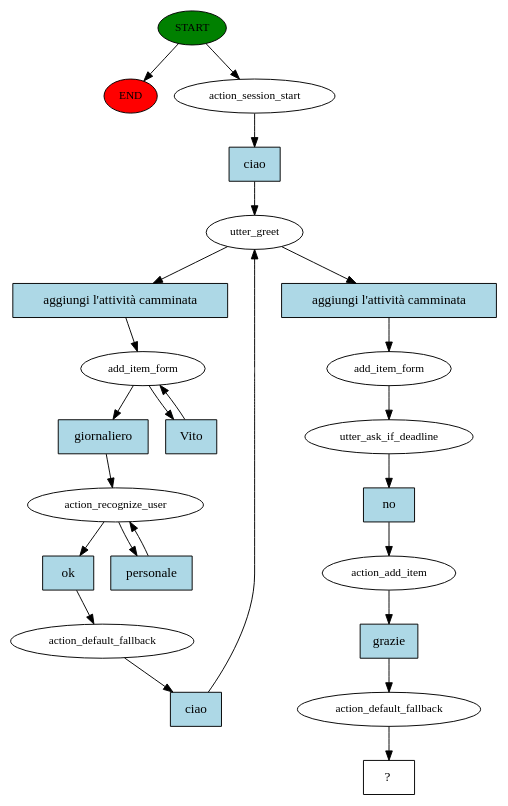
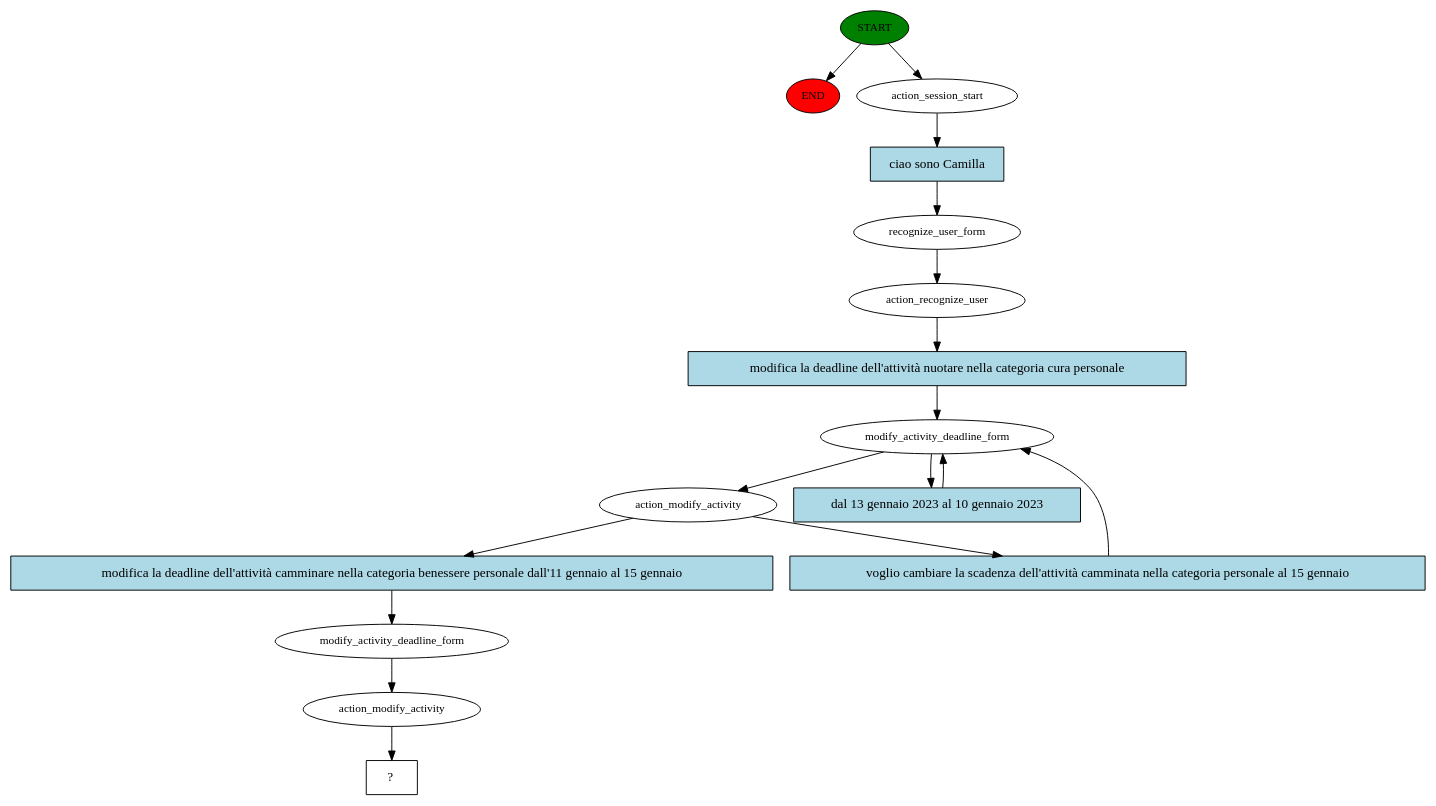
One commit to CamillaSpi/AI-To-Do-Assistant-Robot changed the diagram in src/rasa_ros/Cogrob_rasa_midterm/story_graph.dot. Above: the diagram before and after it, drawn with Graphviz. The commit also changed 5 other files, not shown here.

```diff
--- a/src/rasa_ros/Cogrob_rasa_midterm/story_graph.dot
+++ b/src/rasa_ros/Cogrob_rasa_midterm/story_graph.dot
@@ -1,48 +1,33 @@
 digraph  {
 0 [class="start active", fillcolor=green, fontsize=12, label=START, style=filled];
 "-1" [class=end, fillcolor=red, fontsize=12, label=END, style=filled];
 1 [class=active, fontsize=12, label=action_session_start];
-2 [class=active, fontsize=12, label=utter_greet];
-3 [class=active, fontsize=12, label=add_item_form];
-5 [class=active, fontsize=12, label=action_recognize_user];
-7 [class=active, fontsize=12, label=action_default_fallback];
-9 [class=active, fontsize=12, label=add_item_form];
-10 [class=active, fontsize=12, label=utter_ask_if_deadline];
-11 [class=active, fontsize=12, label=action_add_item];
-12 [class=active, fontsize=12, label=action_default_fallback];
-13 [class="intent dashed active", label="  ?  ", shape=rect];
-14 [class="intent active", fillcolor=lightblue, label=ciao, shape=rect, style=filled];
-15 [class="intent active", fillcolor=lightblue, label="aggiungi l'attività camminata", shape=rect, style=filled];
-16 [class="intent active", fillcolor=lightblue, label="aggiungi l'attività camminata", shape=rect, style=filled];
-17 [class="intent active", fillcolor=lightblue, label=giornaliero, shape=rect, style=filled];
-18 [class="intent active", fillcolor=lightblue, label=Vito, shape=rect, style=filled];
-19 [class="intent active", fillcolor=lightblue, label=ok, shape=rect, style=filled];
-20 [class="intent active", fillcolor=lightblue, label=personale, shape=rect, style=filled];
-21 [class="intent active", fillcolor=lightblue, label=ciao, shape=rect, style=filled];
-22 [class="intent active", fillcolor=lightblue, label=no, shape=rect, style=filled];
-23 [class="intent active", fillcolor=lightblue, label=grazie, shape=rect, style=filled];
+2 [class=active, fontsize=12, label=recognize_user_form];
+3 [class=active, fontsize=12, label=action_recognize_user];
+4 [class=active, fontsize=12, label=modify_activity_deadline_form];
+6 [class=active, fontsize=12, label=action_modify_activity];
+12 [class=active, fontsize=12, label=modify_activity_deadline_form];
+13 [class=active, fontsize=12, label=action_modify_activity];
+14 [class="intent dashed active", label="  ?  ", shape=rect];
+15 [class="intent active", fillcolor=lightblue, label="ciao sono Camilla", shape=rect, style=filled];
+16 [class="intent active", fillcolor=lightblue, label="modifica la deadline dell'attività nuotare nella categoria cura personale", shape=rect, style=filled];
+17 [class="intent active", fillcolor=lightblue, label="dal 13 gennaio 2023 al 10 gennaio 2023", shape=rect, style=filled];
+18 [class="intent active", fillcolor=lightblue, label="modifica la deadline dell'attività camminare nella categoria benessere personale dall'11 gennaio al 15 gennaio", shape=rect, style=filled];
+19 [class="intent active", fillcolor=lightblue, label="voglio cambiare la scadenza dell'attività camminata nella categoria personale al 15 gennaio", shape=rect, style=filled];
 0 -> "-1"  [class="", key=NONE, label=""];
 0 -> 1  [class=active, key=NONE, label=""];
-1 -> 14  [class=active, key=0];
-2 -> 15  [class=active, key=0];
-2 -> 16  [class=active, key=0];
-3 -> 17  [class=active, key=0];
-3 -> 18  [class=active, key=0];
-5 -> 19  [class=active, key=0];
-5 -> 20  [class=active, key=0];
-7 -> 21  [class=active, key=0];
-9 -> 10  [class=active, key=NONE, label=""];
-10 -> 22  [class=active, key=0];
-11 -> 23  [class=active, key=0];
+1 -> 15  [class=active, key=0];
+2 -> 3  [class=active, key=NONE, label=""];
+3 -> 16  [class=active, key=0];
+4 -> 6  [class=active, key=NONE, label=""];
+4 -> 17  [class=active, key=0];
+6 -> 18  [class=active, key=0];
+6 -> 19  [class=active, key=0];
 12 -> 13  [class=active, key=NONE, label=""];
-14 -> 2  [class=active, key=0];
-15 -> 3  [class=active, key=0];
-16 -> 9  [class=active, key=0];
-17 -> 5  [class=active, key=0];
-18 -> 3  [class=active, key=0];
-19 -> 7  [class=active, key=0];
-20 -> 5  [class=active, key=0];
-21 -> 2  [class=active, key=0];
-22 -> 11  [class=active, key=0];
-23 -> 12  [class=active, key=0];
+13 -> 14  [class=active, key=NONE, label=""];
+15 -> 2  [class=active, key=0];
+16 -> 4  [class=active, key=0];
+17 -> 4  [class=active, key=0];
+18 -> 12  [class=active, key=0];
+19 -> 4  [class=active, key=0];
 }
```
